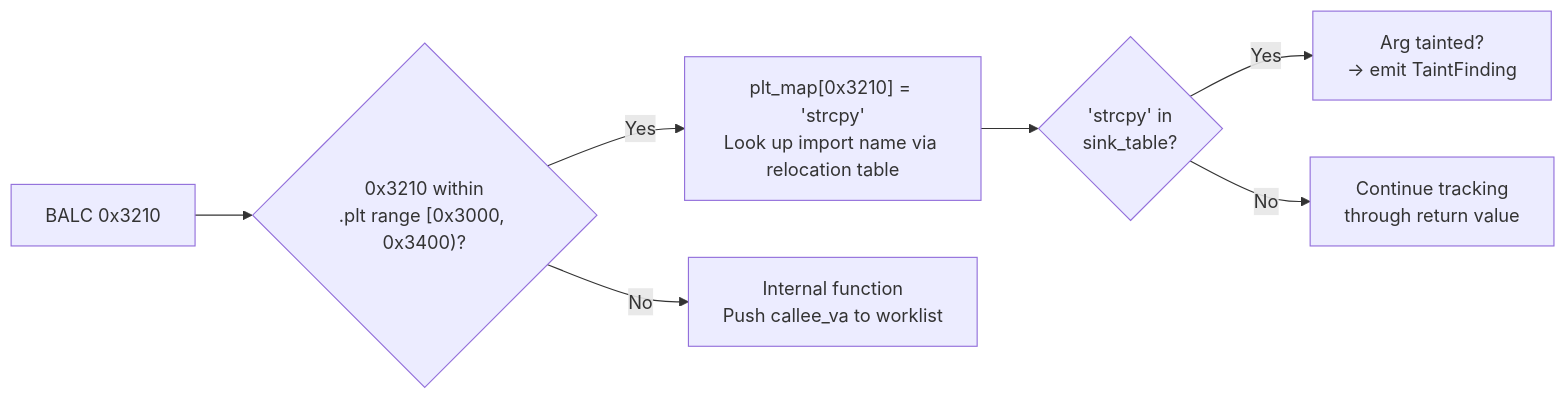
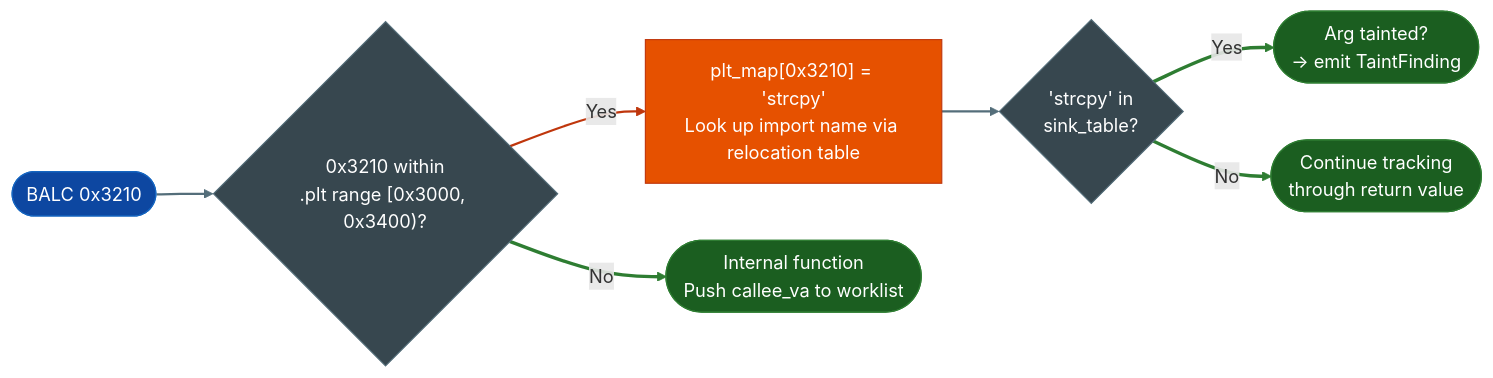
Before and after one commit to Ablation-Tool/ablation: the second of 2 diagrams in docs/reference-modules/nanomips.md, drawn with Mermaid. The commit also changed other lines of this file and 320 other files, not shown here.

First line of the commit message:
docs: apply canonical Mermaid template to all 321 diagrams

````diff
--- a/docs/reference-modules/nanomips.md
+++ b/docs/reference-modules/nanomips.md
@@ -117,9 +128,21 @@
 ```mermaid
 flowchart LR
-    A["BALC 0x3210"] --> B{"0x3210 within\n.plt range [0x3000, 0x3400)?"}
-    B -->|Yes| C["plt_map[0x3210] = 'strcpy'\nLook up import name via relocation table"]
-    B -->|No| D["Internal function\nPush callee_va to worklist"]
-    C --> E{"'strcpy' in\nsink_table?"}
-    E -->|Yes| F["Arg tainted?\n→ emit TaintFinding"]
-    E -->|No| G["Continue tracking\nthrough return value"]
+    A(["BALC 0x3210"]):::input --> B{"0x3210 within\n.plt range [0x3000, 0x3400)?"}:::neutral
+    B:::neutral -->|Yes| C["plt_map[0x3210] = 'strcpy'\nLook up import name via relocation table"]:::primary
+    B:::neutral -->|No| D(["Internal function\nPush callee_va to worklist"]):::output
+    C:::primary --> E{"'strcpy' in\nsink_table?"}:::neutral
+    E:::neutral -->|Yes| F(["Arg tainted?\n→ emit TaintFinding"]):::output
+    E:::neutral -->|No| G(["Continue tracking\nthrough return value"]):::output
+    classDef input     fill:#0d47a1,stroke:#1565c0,color:#fff
+    classDef primary   fill:#e65100,stroke:#bf360c,color:#fff
+    classDef secondary fill:#004d40,stroke:#00695c,color:#fff
+    classDef tertiary  fill:#4a148c,stroke:#6a1b9a,color:#fff
+    classDef neutral   fill:#37474f,stroke:#546e7a,color:#fff
+    classDef output    fill:#1b5e20,stroke:#2e7d32,color:#fff
+    linkStyle 0 stroke:#546e7a,stroke-width:2px
+    linkStyle 1 stroke:#bf360c,stroke-width:2px
+    linkStyle 2 stroke:#2e7d32,stroke-width:3px
+    linkStyle 3 stroke:#546e7a,stroke-width:2px
+    linkStyle 4 stroke:#2e7d32,stroke-width:3px
+    linkStyle 5 stroke:#2e7d32,stroke-width:3px
 ```
````
